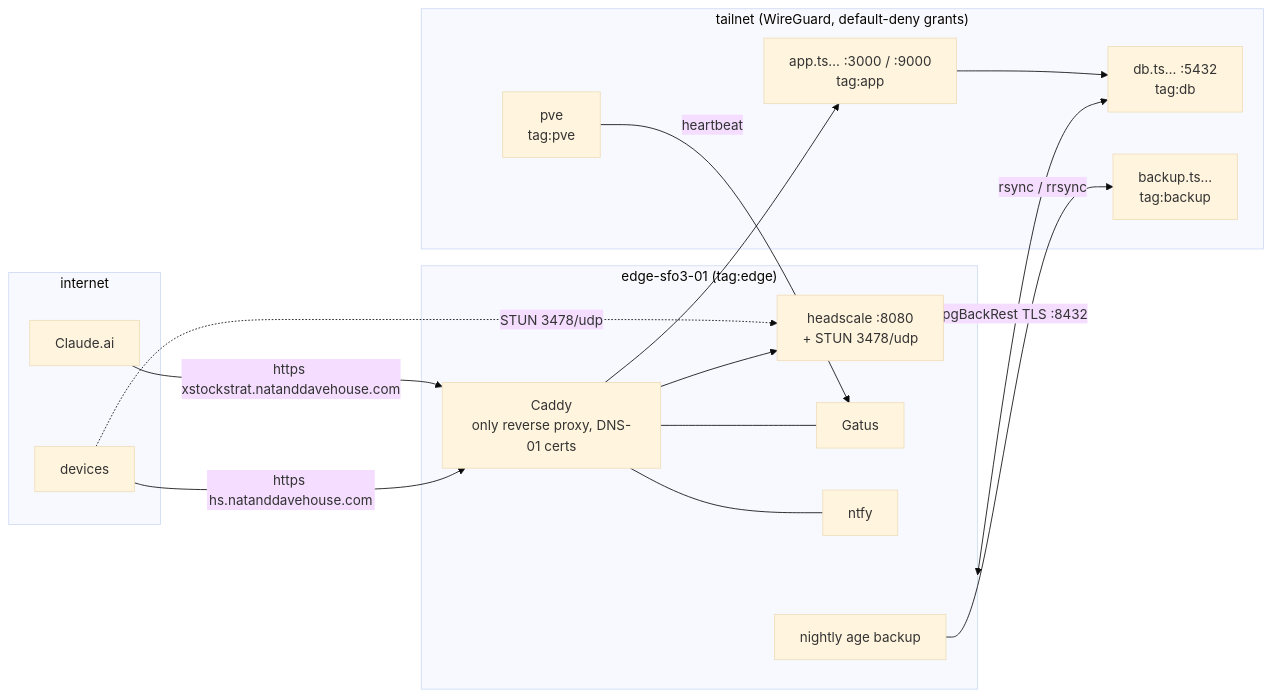
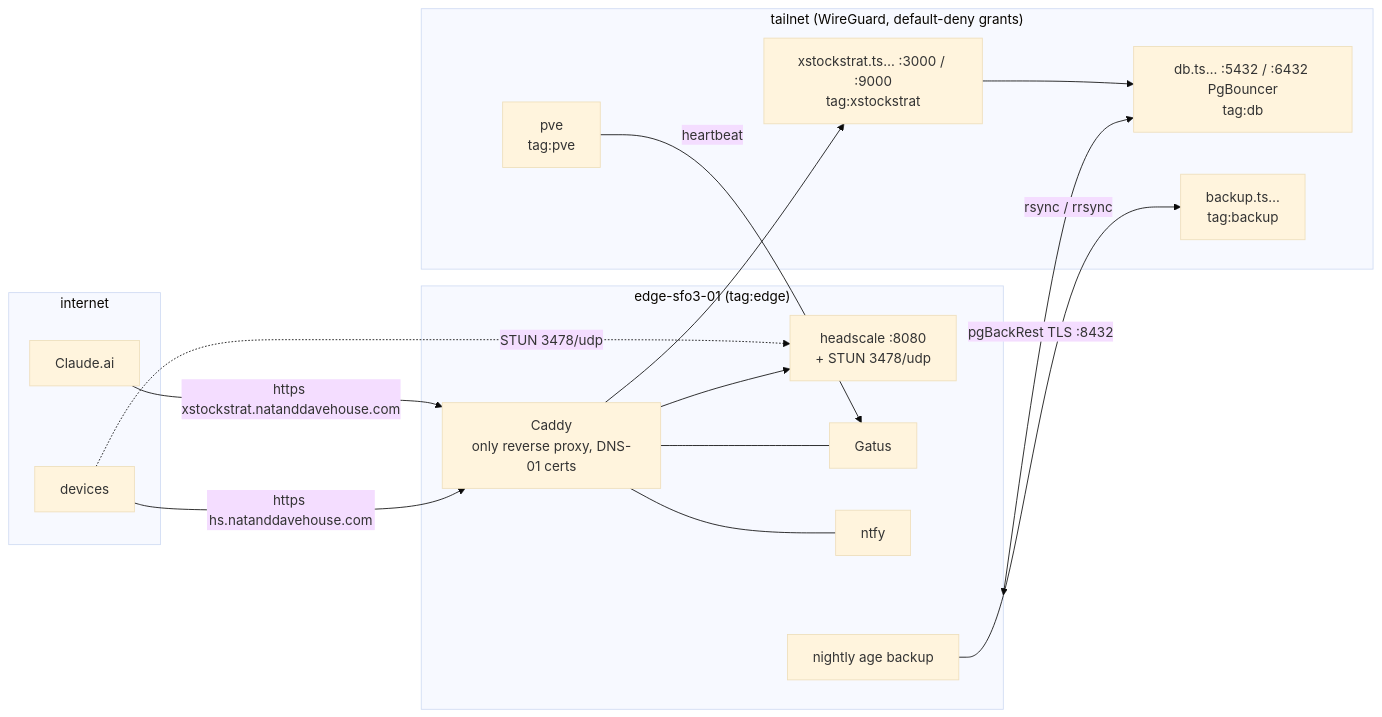
One commit to davcs86/homelab-edge changed the diagram in README.md. Above: the diagram before and after it, drawn with Mermaid (base theme). The commit also changed other lines of this file and 17 other files, not shown here.

First line of the commit message:
policy: workload tags replace tag:app; tailnet-only staging route; DB heartbeat (#20)

````diff
--- a/README.md
+++ b/README.md
@@ -6,34 +6,34 @@
 ```mermaid
 flowchart LR
   subgraph internet["internet"]
     claude["Claude.ai"]
     devices["devices"]
   end
 
   subgraph edge["edge-sfo3-01 (tag:edge)"]
     caddy["Caddy<br/>only reverse proxy, DNS-01 certs"]
     headscale["headscale :8080<br/>+ STUN 3478/udp"]
     gatus["Gatus"]
     ntfy["ntfy"]
     backupjob["nightly age backup"]
   end
 
   subgraph tailnet["tailnet (WireGuard, default-deny grants)"]
-    app["app.ts… :3000 / :9000<br/>tag:app"]
-    db["db.ts… :5432<br/>tag:db"]
+    app["xstockstrat.ts… :3000 / :9000<br/>tag:xstockstrat"]
+    db["db.ts… :5432 / :6432 PgBouncer<br/>tag:db"]
     pve["pve<br/>tag:pve"]
     backuphost["backup.ts…<br/>tag:backup"]
   end
 
   claude -- "https xstockstrat.natanddavehouse.com" --> caddy
   devices -- "https hs.natanddavehouse.com" --> caddy
   devices -. "STUN 3478/udp" .-> headscale
   caddy --> headscale
   caddy --> app
   caddy --- gatus
   caddy --- ntfy
   app --> db
   db <-- "pgBackRest TLS :8432" --> edge
   pve -- "heartbeat" --> gatus
   backupjob -- "rsync / rrsync" --> backuphost
 ```
````
